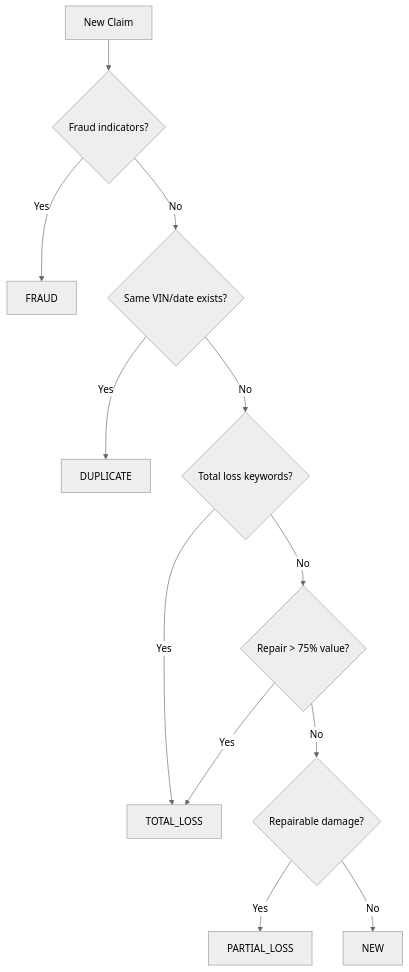
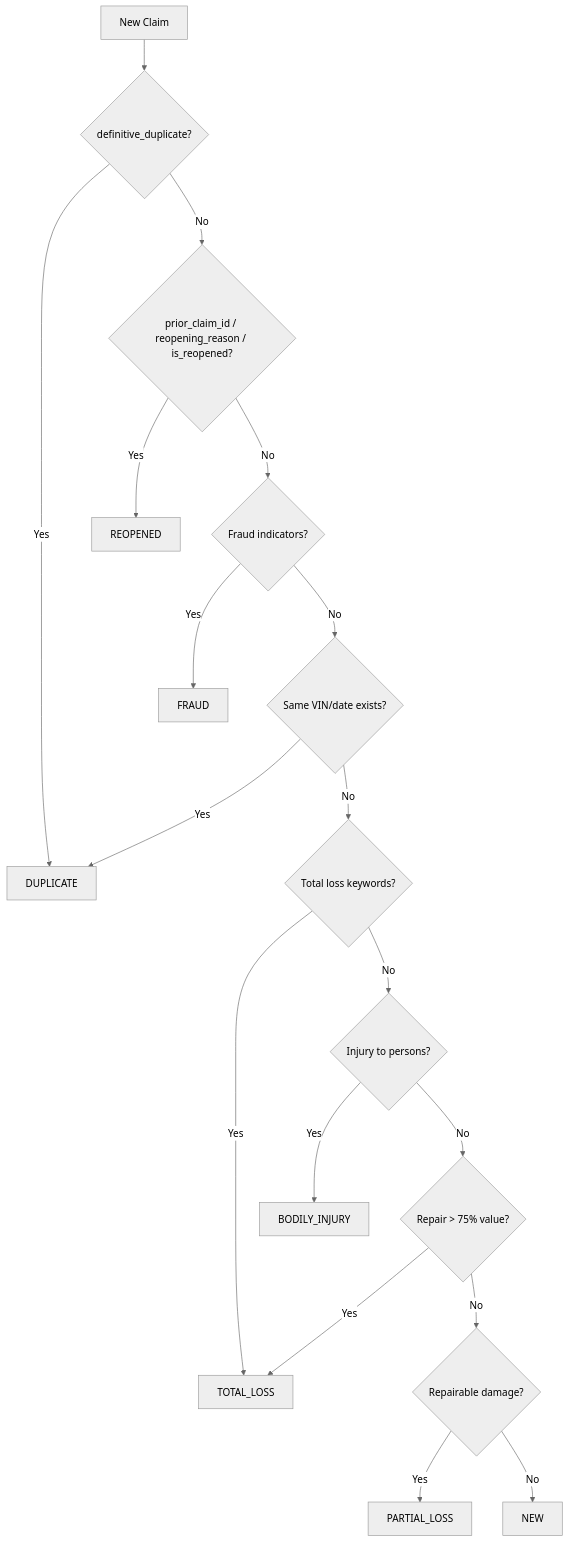
Before and after one commit to csmangum/auto-agent: the diagram in docs/claim-types.md, drawn with Mermaid (neutral theme). The commit also changed other lines of this file and 8 other files, not shown here.

````diff
--- a/docs/claim-types.md
+++ b/docs/claim-types.md
@@ -21,14 +25,20 @@
 ```mermaid
 flowchart TD
-    A[New Claim] --> B{Fraud indicators?}
-    B -->|Yes| C[FRAUD]
-    B -->|No| D{Same VIN/date exists?}
-    D -->|Yes| E[DUPLICATE]
-    D -->|No| F{Total loss keywords?}
-    F -->|Yes| G[TOTAL_LOSS]
-    F -->|No| H{Repair > 75% value?}
-    H -->|Yes| G
-    H -->|No| I{Repairable damage?}
-    I -->|Yes| J[PARTIAL_LOSS]
-    I -->|No| K[NEW]
+    A[New Claim] --> B{definitive_duplicate?}
+    B -->|Yes| C[DUPLICATE]
+    B -->|No| D{prior_claim_id / reopening_reason / is_reopened?}
+    D -->|Yes| E[REOPENED]
+    D -->|No| F{Fraud indicators?}
+    F -->|Yes| G[FRAUD]
+    F -->|No| H{Same VIN/date exists?}
+    H -->|Yes| C
+    H -->|No| I{Total loss keywords?}
+    I -->|Yes| J[TOTAL_LOSS]
+    I -->|No| K{Injury to persons?}
+    K -->|Yes| L[BODILY_INJURY]
+    K -->|No| M{Repair > 75% value?}
+    M -->|Yes| J
+    M -->|No| N{Repairable damage?}
+    N -->|Yes| O[PARTIAL_LOSS]
+    N -->|No| P[NEW]
 ```
````
